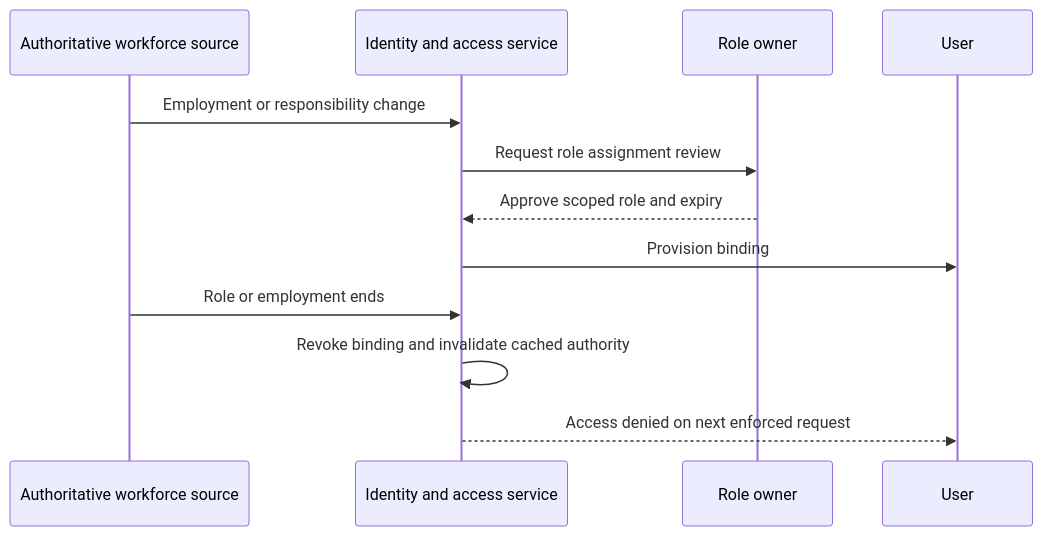
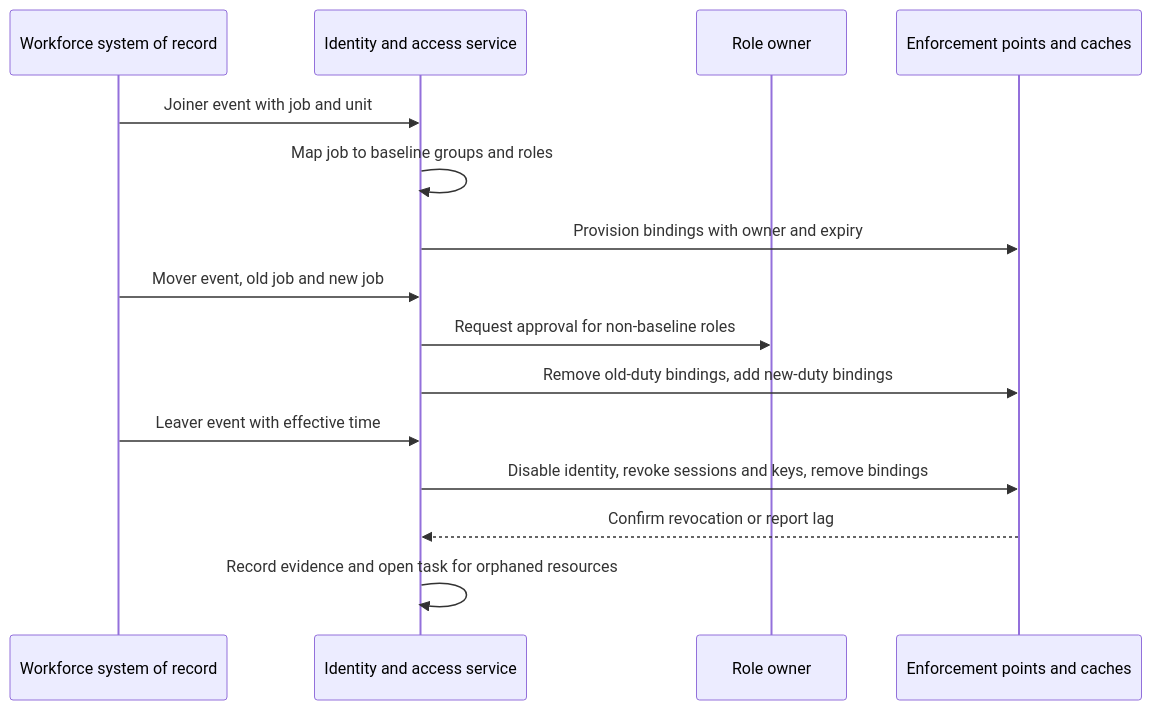
One commit to joydasss/Architect changed the tenth of 13 diagrams in 15_Security/CH04_RBAC.md. Above: the diagram before and after it, drawn with Mermaid. The commit also changed other lines of this file and 295 other files, not shown here.

````diff
--- a/15_Security/CH04_RBAC.md
+++ b/15_Security/CH04_RBAC.md
@@ -74,14 +574,17 @@
 ```mermaid
 sequenceDiagram
-    participant HR as Authoritative workforce source
+    participant HR as Workforce system of record
     participant IAM as Identity and access service
     participant Owner as Role owner
-    participant User
-    HR->>IAM: Employment or responsibility change
-    IAM->>Owner: Request role assignment review
-    Owner-->>IAM: Approve scoped role and expiry
-    IAM->>User: Provision binding
-    HR->>IAM: Role or employment ends
-    IAM->>IAM: Revoke binding and invalidate cached authority
-    IAM-->>User: Access denied on next enforced request
+    participant Sys as Enforcement points and caches
+    HR->>IAM: Joiner event with job and unit
+    IAM->>IAM: Map job to baseline groups and roles
+    IAM->>Sys: Provision bindings with owner and expiry
+    HR->>IAM: Mover event, old job and new job
+    IAM->>Owner: Request approval for non-baseline roles
+    IAM->>Sys: Remove old-duty bindings, add new-duty bindings
+    HR->>IAM: Leaver event with effective time
+    IAM->>Sys: Disable identity, revoke sessions and keys, remove bindings
+    Sys-->>IAM: Confirm revocation or report lag
+    IAM->>IAM: Record evidence and open task for orphaned resources
 ```
````
